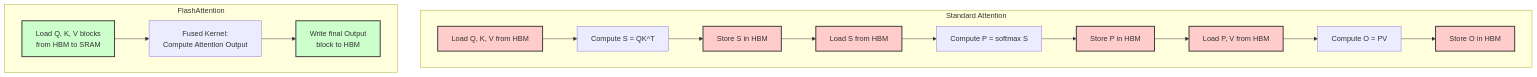
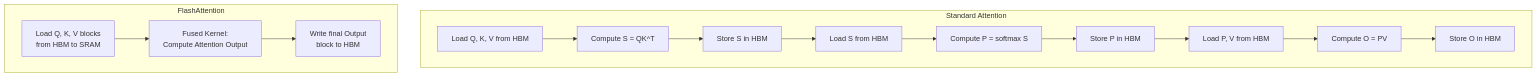
Before and after one commit to harimkang/ai-engineer-guide: the diagram in docs/4-대규모-언어-모델-llm/4-9-context-확장-and-최적화/long-context.md, drawn with Mermaid. The commit also changed 45 other files, not shown here.

````diff
--- a/docs/4-대규모-언어-모델-llm/4-9-context-확장-and-최적화/long-context.md
+++ b/docs/4-대규모-언어-모델-llm/4-9-context-확장-and-최적화/long-context.md
@@ -36,27 +36,18 @@
 ```mermaid
 graph TD
     subgraph "Standard Attention"
         A[Load Q, K, V from HBM] --> B[Compute S = QK^T]
         B --> C[Store S in HBM]
         C --> D[Load S from HBM]
         D --> E[Compute P = softmax S]
         E --> F[Store P in HBM]
         F --> G[Load P, V from HBM]
         G --> H[Compute O = PV]
         H --> I[Store O in HBM]
     end
 
     subgraph "FlashAttention"
         J[Load Q, K, V blocks<br/>from HBM to SRAM] --> K[Fused Kernel:<br/>Compute Attention Output]
         K --> L[Write final Output<br/>block to HBM]
     end
-
-    style A fill:#ffcccc,stroke:#333,stroke-width:2px
-    style C fill:#ffcccc,stroke:#333,stroke-width:2px
-    style D fill:#ffcccc,stroke:#333,stroke-width:2px
-    style F fill:#ffcccc,stroke:#333,stroke-width:2px
-    style G fill:#ffcccc,stroke:#333,stroke-width:2px
-    style I fill:#ffcccc,stroke:#333,stroke-width:2px
-    style J fill:#ccffcc,stroke:#333,stroke-width:2px
-    style L fill:#ccffcc,stroke:#333,stroke-width:2px
 ```
````
